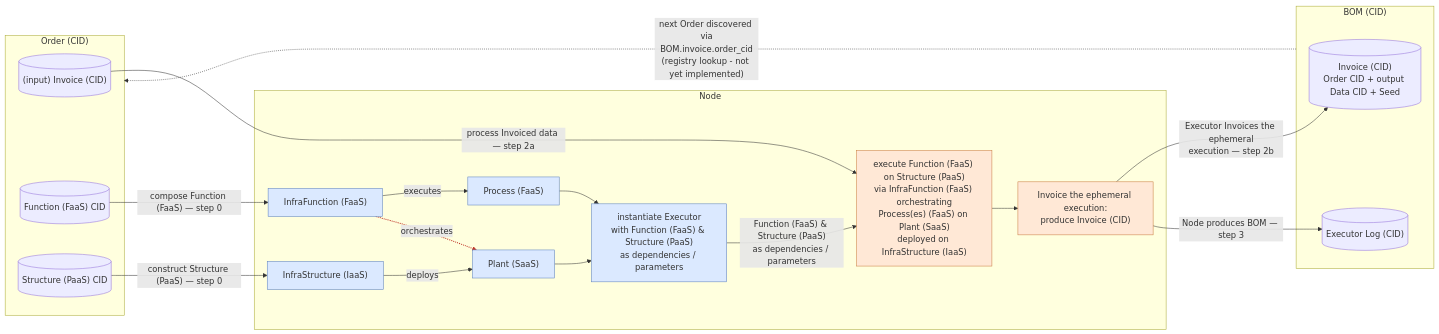
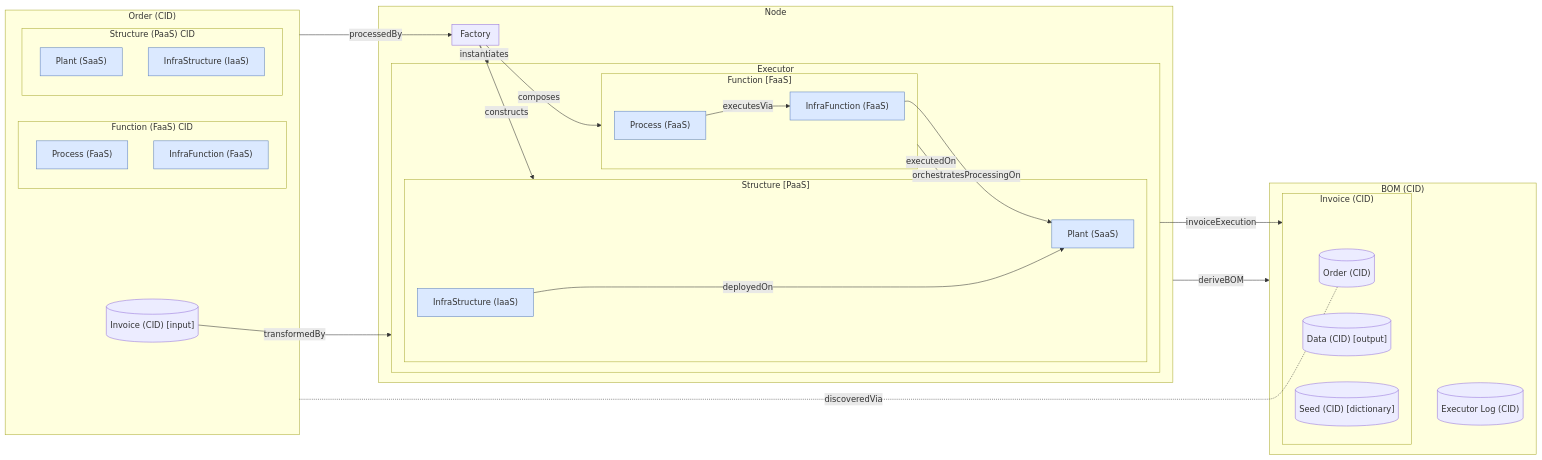
Before and after one commit to DynamicalSystemsGroup/cats: the diagram in docs/NodeProductFlow.md, drawn with Mermaid. The commit also changed other lines of this file and 1 other file, not shown here.

Commit message:
Revise Node product flow diagram and spec
docs(NodeProductFlow): replace flat activity nodes with Factory/
 Executor subgraphs, rename edges, and add dagre layout links;
 add flip-edge-arrow post-render for discoveredVia feedback;
 renumber and expand the control-feedback loop specification;
 regenerate NodeProductFlow.png

````diff
--- a/docs/NodeProductFlow.md
+++ b/docs/NodeProductFlow.md
@@ -5,42 +7,69 @@
 ```mermaid
+%% post-render: flip-edge-arrow L_Order_InvoiceOrderCID_0
 flowchart LR
     subgraph Order["Order (CID)"]
-        InputInvoice[("(input) Invoice (CID)")]
-        FunctionCID[("Function (FaaS) CID")]
-        StructureCID[("Structure (PaaS) CID")]
+        InputInvoice[("Invoice (CID) [input]")]
+        subgraph FunctionCID["Function (FaaS) CID"]
+            ProcessFaaSCID["Process (FaaS)"]:::factory
+            InfraFunctionFaaSCID["InfraFunction (FaaS)"]:::factory
+        end
+        subgraph StructureCID["Structure (PaaS) CID"]
+            PlantSaaSCID["Plant (SaaS)"]:::factory
+            InfraStructureIaaSCID["InfraStructure (IaaS)"]:::factory
+        end
     end
 
     subgraph Node
-        InfraFunctionFaaS["InfraFunction (FaaS)"]:::factory
-        ProcessFaaS["Process (FaaS)"]:::factory
-        InfraStructureIaaS["InfraStructure (IaaS)"]:::factory
-        PlantSaaS["Plant (SaaS)"]:::factory
-        Instantiate["instantiate Executor<br/>with Function (FaaS) &amp; Structure (PaaS)<br/>as dependencies / parameters"]:::factory
-        Execute["execute Function (FaaS) on Structure (PaaS)<br/>via InfraFunction (FaaS) orchestrating<br/>Process(es) (FaaS) on Plant (SaaS)<br/>deployed on InfraStructure (IaaS)"]:::executor
-        ProduceInvoice["Invoice the ephemeral execution:<br/>produce Invoice (CID)"]:::executor
-
-        InfraFunctionFaaS -->|executes| ProcessFaaS
-        InfraStructureIaaS -->|deploys| PlantSaaS
-        InfraFunctionFaaS -.->|orchestrates| PlantSaaS
-        ProcessFaaS --> Instantiate
-        PlantSaaS --> Instantiate
-        Instantiate -->|"Function (FaaS) &amp; Structure (PaaS)<br/>as dependencies / parameters"| Execute
-        Execute --> ProduceInvoice
+        subgraph Factory["Factory"]
+        end
+        subgraph Executor["Executor"]
+            subgraph Function["Function [FaaS]"]
+                ProcessFaaS["Process (FaaS)"]:::factory
+                InfraFunctionFaaS["InfraFunction (FaaS)"]:::factory
+                ProcessFaaS -->|executesVia| InfraFunctionFaaS
+            end
+            subgraph Structure["Structure [PaaS]"]
+                PlantSaaS["Plant (SaaS)"]:::factory
+                InfraStructureIaaS["InfraStructure (IaaS)"]:::factory
+                InfraStructureIaaS -->|deployedOn| PlantSaaS
+            end
+            InfraFunctionFaaS -->|orchestratesProcessingOn| PlantSaaS
+            Function -->|executedOn| Structure
+        end
     end
 
     subgraph BOM["BOM (CID)"]
-        Invoice[("Invoice (CID)<br/>Order CID + output Data CID + Seed")]
+        subgraph Invoice["Invoice (CID)"]
+            InvoiceOrderCID[("Order (CID)")]
+            DataCID[("Data (CID) [output]")]
+            SeedCID[("Seed (CID) [dictionary]")]
+        end
         ExecutorLog[("Executor Log (CID)")]
     end
 
-    FunctionCID -->|"compose Function (FaaS) — step 0"| InfraFunctionFaaS
-    StructureCID -->|"construct Structure (PaaS) — step 0"| InfraStructureIaaS
-    InputInvoice -->|"process Invoiced data — step 2a"| Execute
-    ProduceInvoice -->|"Executor Invoices the ephemeral<br/>execution — step 2b"| Invoice
-    ProduceInvoice -->|"Node produces BOM — step 3"| ExecutorLog
-    BOM -.->|"next Order discovered via<br/>BOM.invoice.order_cid<br/>(registry lookup - not yet implemented)"| Order
+    Order -->|"processedBy"| Factory
+    Factory -->|"instantiates"| Executor
+    InputInvoice -->|"transformedBy"| Executor
+    Factory -->|"composes"| Function
+    Factory -->|"constructs"| Structure
+    Executor -->|"invoiceExecution"| Invoice
+    Node -->|"deriveBOM"| BOM
+    Order <-.-|"discoveredVia"| InvoiceOrderCID
+
+    %% Invisible layout-only links carried over from
+    %% local_artifacts/mermaid/github/NodeProductFlow.md to counteract the
+    %% same dagre rank/ordering quirks in this experimental variant.
+    InfraStructureIaaS ~~~ ProcessFaaS
+    InfraFunctionFaaS ~~~ PlantSaaS
+    InputInvoice ~~~ Executor
+    SeedCID ~~~ ExecutorLog
+
+    %% After reversing "deploys" to "deployedOn" (PlantSaaS -> InfraStructureIaaS),
+    %% InfraStructureIaaS became the new rank "sink" (no outgoing edge) instead of
+    %% PlantSaaS, so it's what now shares Invoice's rank/column and overlaps BOM.
+    InfraStructureIaaS ~~~ InvoiceOrderCID
 
     classDef factory fill:#dbe9ff,stroke:#5b7fbd;
-    classDef executor fill:#ffe8d6,stroke:#c97a3f;
-    linkStyle 2 stroke:#c0392b,stroke-width:2px;
+    classDef executor fill:#d9f2d9,stroke:#4c9a4c;
+    classDef factoryActivity fill:#e8d9f5,stroke:#7a4ca6;
 ```
````
